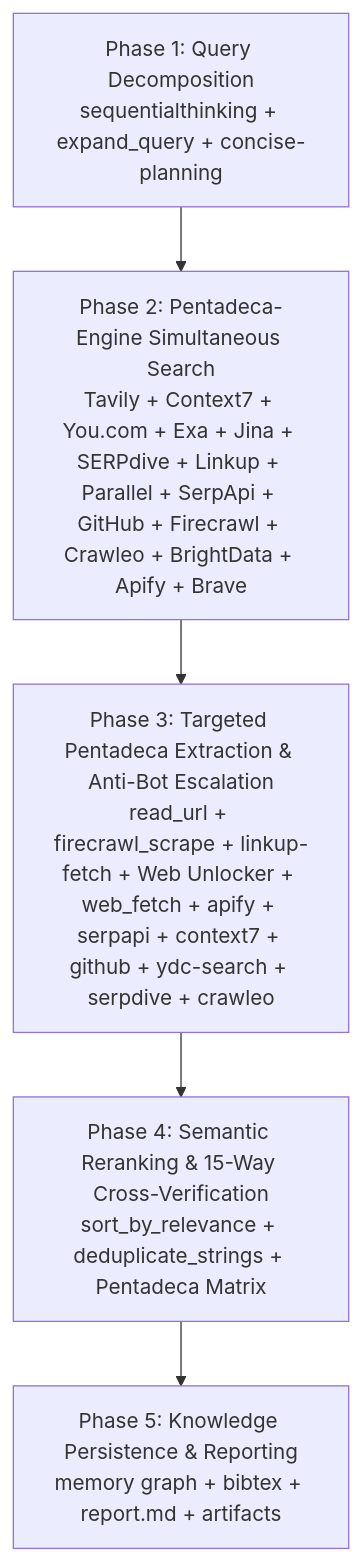
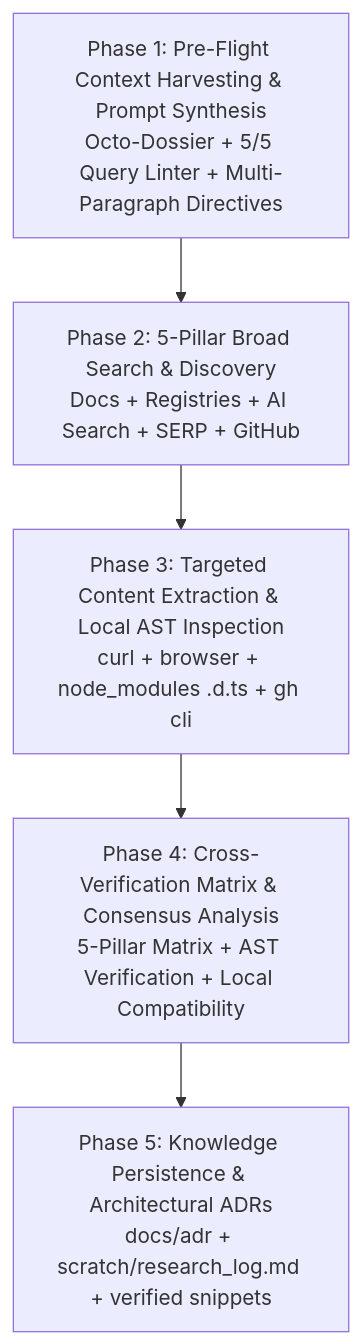
The diagram in universal/ultimate-research-workflow.md (LorenzoBela/ultimate-workflows), drawn with Mermaid before and after one commit. The commit also changed other lines of this file and 1 other file, not shown here.

Commit message:
feat(research): integrate prompt and context engineering into pentadeca and universal workflows

````diff
--- a/universal/ultimate-research-workflow.md
+++ b/universal/ultimate-research-workflow.md
@@ -610,7 +241,7 @@
 ```mermaid
 flowchart TD
-    P1[Phase 1: Query Decomposition\nsequentialthinking + expand_query + concise-planning] --> P2[Phase 2: Pentadeca-Engine Simultaneous Search\nTavily + Context7 + You.com + Exa + Jina + SERPdive + Linkup + Parallel + SerpApi + GitHub + Firecrawl + Crawleo + BrightData + Apify + Brave]
-    P2 --> P3[Phase 3: Targeted Pentadeca Extraction & Anti-Bot Escalation\nread_url + firecrawl_scrape + linkup-fetch + Web Unlocker + web_fetch + apify + serpapi + context7 + github + ydc-search + serpdive + crawleo]
-    P3 --> P4[Phase 4: Semantic Reranking & 15-Way Cross-Verification\nsort_by_relevance + deduplicate_strings + Pentadeca Matrix]
-    P4 --> P5[Phase 5: Knowledge Persistence & Reporting\nmemory graph + bibtex + report.md + artifacts]
+    P1[Phase 1: Pre-Flight Context Harvesting & Prompt Synthesis\nOcto-Dossier + 5/5 Query Linter + Multi-Paragraph Directives] --> P2[Phase 2: 5-Pillar Broad Search & Discovery\nDocs + Registries + AI Search + SERP + GitHub]
+    P2 --> P3[Phase 3: Targeted Content Extraction & Local AST Inspection\ncurl + browser + node_modules .d.ts + gh cli]
+    P3 --> P4[Phase 4: Cross-Verification Matrix & Consensus Analysis\n5-Pillar Matrix + AST Verification + Local Compatibility]
+    P4 --> P5[Phase 5: Knowledge Persistence & Architectural ADRs\ndocs/adr + scratch/research_log.md + verified snippets]
 ```
````
